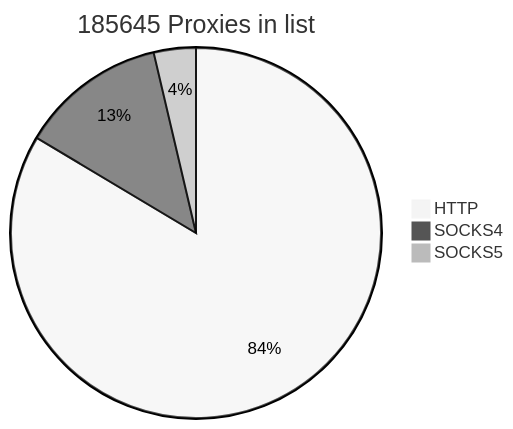
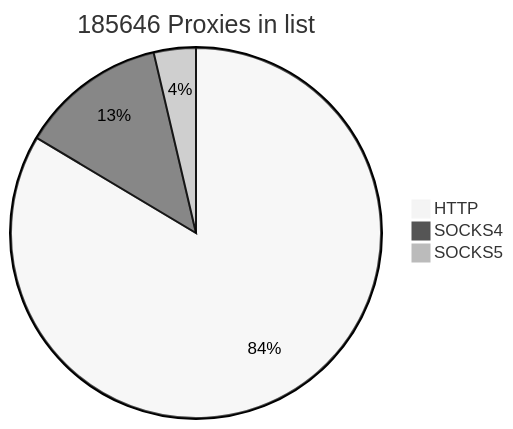
One commit to cutipu/proxylist changed the first of 2 diagrams in README.md. Above: the diagram before and after it, drawn with Mermaid (neutral theme). The commit also changed other lines of this file, not shown here.

````diff
--- a/README.md
+++ b/README.md
@@ -2,7 +2,7 @@
 ```mermaid
-pie title 185645 Proxies in list
+pie title 185646 Proxies in list
     "HTTP" : 155155
-    "SOCKS4" : 23679
+    "SOCKS4" : 23680
     "SOCKS5" : 6811
             
 ```
````
